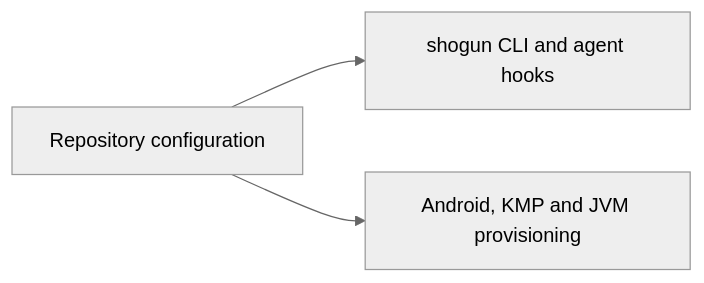
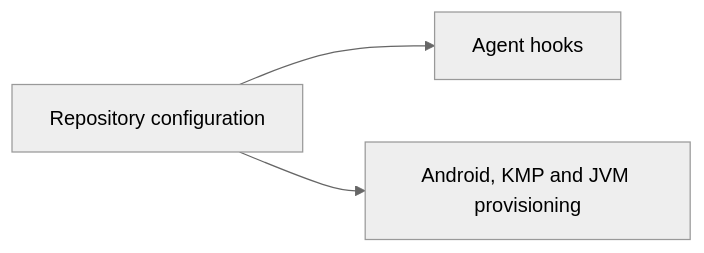
Before and after one commit to LuxionServer/ShogunAi: the diagram in docs/roadmap.md, drawn with Mermaid (neutral theme). The commit also changed other lines of this file and 47 other files, not shown here.

````diff
--- a/docs/roadmap.md
+++ b/docs/roadmap.md
@@ -17,5 +17,5 @@
 ```mermaid
 graph LR
-    A["Repository configuration"] --> B["shogun CLI and agent hooks"]
+    A["Repository configuration"] --> B["Agent hooks"]
     A --> D["Android, KMP and JVM provisioning"]
 ```
````
